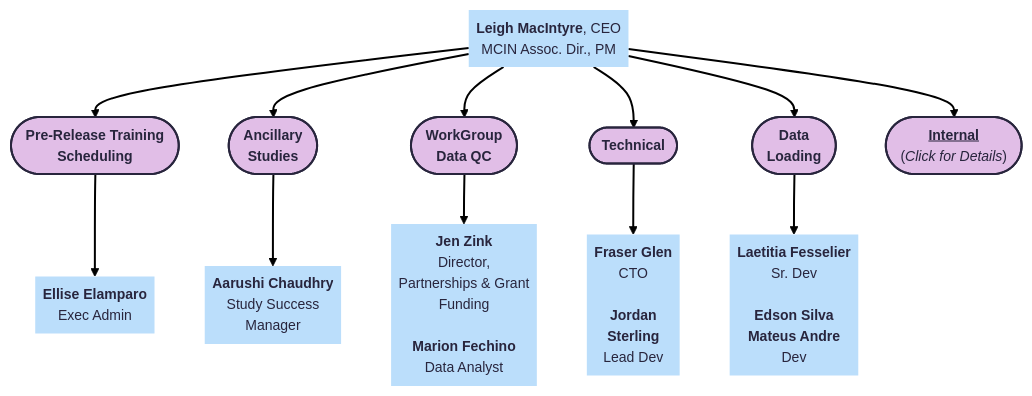
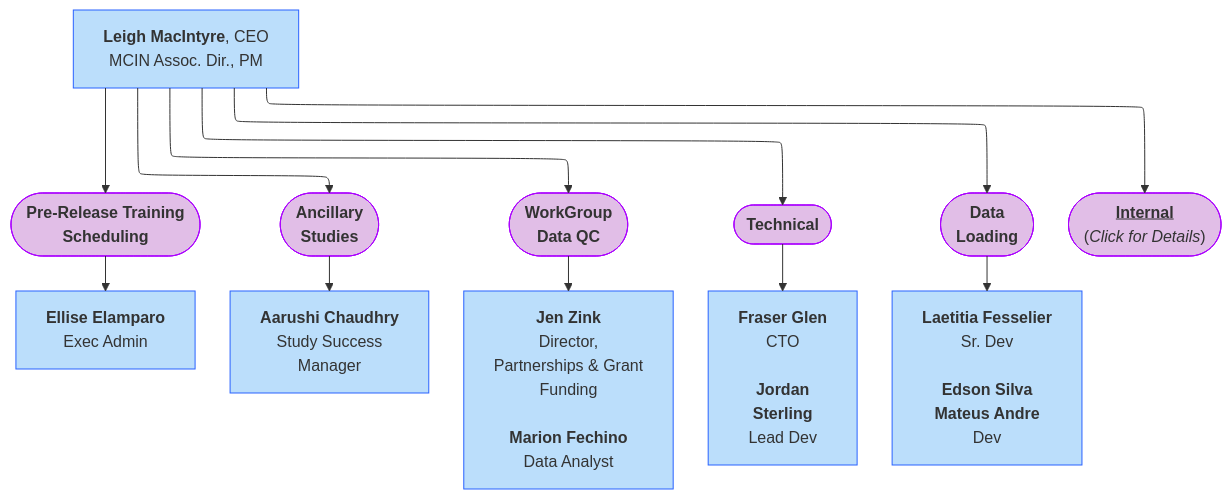
Before and after one commit to DCAN-Labs/hbcd-docs-internal: the third of 10 diagrams in docs/orgcharts.md, drawn with Mermaid. The commit also changed other lines of this file, not shown here.

````diff
--- a/docs/orgcharts.md
+++ b/docs/orgcharts.md
@@ -298,33 +298,28 @@
 ```mermaid
 ---
 config:
-  theme: redux
+  layout: elk
 ---
 flowchart TB
-    A["<b>Leigh MacIntyre</b>, CEO<br>MCIN Assoc. Dir., PM"] --> B(["<b>Pre-Release Training<br>Scheduling<br></b>"]) & n1(["<b>Ancillary<br>Studies</b>"]) & n2(["<b>WorkGroup<br>Data QC</b>"]) & n3(["<b>Technical</b>"]) & n4(["<b>Data<br>Loading</b>"]) & n18@{ label: "<b style=\"color:\"><u>Internal</u><br></b>(<i>Click for Details</i>)" }
+    A["<b>Leigh MacIntyre</b>, CEO<br>MCIN Assoc. Dir., PM"] --> B(["<b>Pre-Release Training<br>Scheduling<br></b>"])
+    A --> n1(["<b>Ancillary<br>Studies</b>"]) & n2(["<b>WorkGroup<br>Data QC</b>"]) & n3(["<b>Technical</b>"]) & n4(["<b>Data<br>Loading</b>"])
+    A --> n18(["<b><u>Internal</u><br></b>(<i>Click for Details</i>)"])
     B --> n5["<b>Ellise Elamparo</b><br>Exec Admin"]
     n1 --> n6["<b>Aarushi Chaudhry<br></b>Study Success<br>Manager"]
     n2 --> n7["<b>Jen Zink<br></b>Director,<br>Partnerships &amp; Grant<br>Funding<br><br><b>Marion Fechino</b><br>Data Analyst"]
     n3 --> n8["<b>Fraser Glen<br></b>CTO<br><br><b>Jordan<br>Sterling<br></b>Lead Dev"]
-    n4 --> n9@{ label: "<span style=\"--tw-scale-x:\"><b>Laetitia Fesselier<br style=\"--tw-scale-x:\"></b></span>Sr. Dev<br><b><br>Edson Silva</b><br><b>Mateus Andre<br></b>Dev" }
-    A@{ shape: text}
-    n18@{ shape: stadium}
-    n5@{ shape: text}
-    n6@{ shape: text}
-    n7@{ shape: text}
-    n8@{ shape: text}
-    n9@{ shape: text}
-    style A fill:#BBDEFB
-    style B fill:#E1BEE7
-    style n1 fill:#E1BEE7
-    style n2 fill:#E1BEE7
-    style n3 fill:#E1BEE7
-    style n4 fill:#E1BEE7
-    style n18 fill:#E1BEE7
-    style n5 fill:#BBDEFB
-    style n6 fill:#BBDEFB
-    style n7 fill:#BBDEFB
-    style n8 fill:#BBDEFB
-    style n9 fill:#BBDEFB
+    n4 --> n9["<b>Laetitia Fesselier<br></b>Sr. Dev<br><b><br>Edson Silva</b><br><b>Mateus Andre<br></b>Dev"]
+    style A fill:#BBDEFB,stroke:#2962FF
+    style B fill:#E1BEE7,stroke:#AA00FF
+    style n1 fill:#E1BEE7,stroke:#AA00FF
+    style n2 fill:#E1BEE7,stroke:#AA00FF
+    style n3 fill:#E1BEE7,stroke:#AA00FF
+    style n4 fill:#E1BEE7,stroke:#AA00FF
+    style n18 fill:#E1BEE7,stroke:#AA00FF
+    style n5 fill:#BBDEFB,stroke:#2962FF
+    style n6 fill:#BBDEFB,stroke:#2962FF
+    style n7 fill:#BBDEFB,stroke:#2962FF
+    style n8 fill:#BBDEFB,stroke:#2962FF
+    style n9 fill:#BBDEFB,stroke:#2962FF
     click n18 "#internal-non-consortium-facing"
 ```
````
